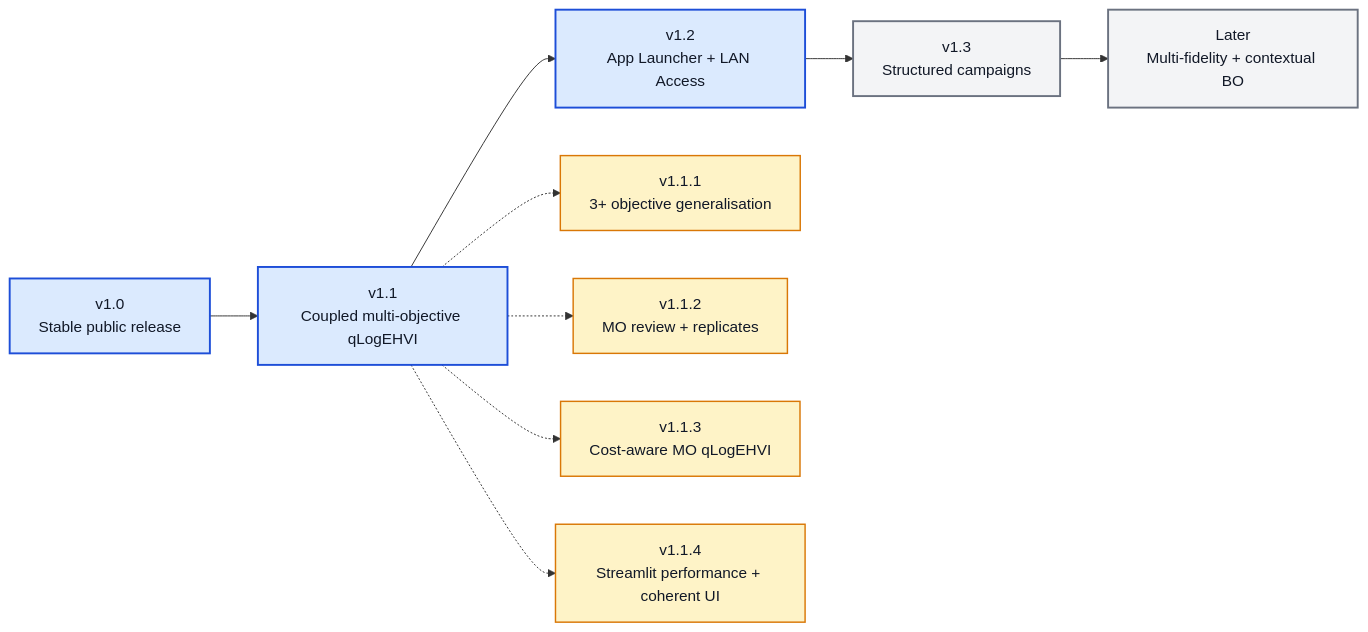
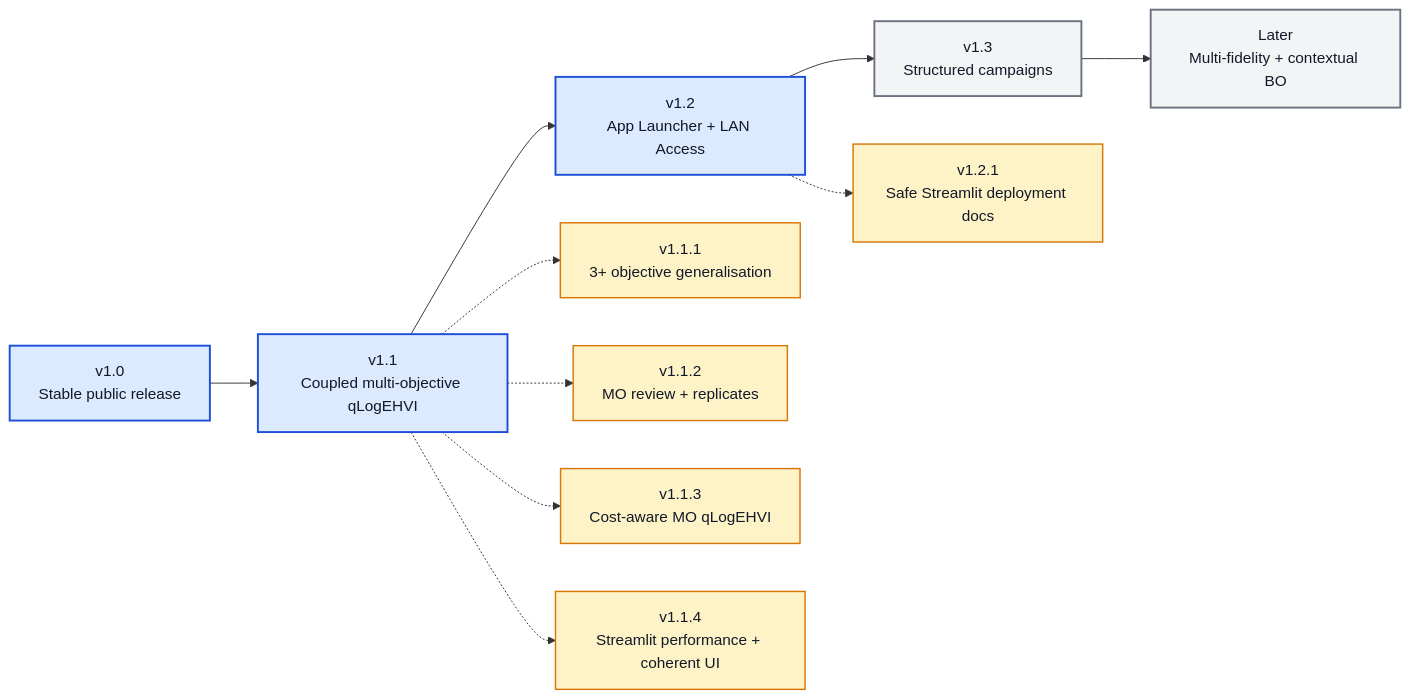
The diagram in ROADMAP_V1_X.md (angzeli/bo-forge), drawn with Mermaid before and after one commit. The commit also changed other lines of this file and 16 other files, not shown here.

Commit message:
v1.2.1 update: Safe Streamlit deployment docs

````diff
--- a/ROADMAP_V1_X.md
+++ b/ROADMAP_V1_X.md
@@ -7,22 +7,24 @@
 ```mermaid
 flowchart LR
     v10["v1.0<br/>Stable public release"] --> v11["v1.1<br/>Coupled multi-objective qLogEHVI"] --> v12["v1.2<br/>App Launcher + LAN Access"] --> v13["v1.3<br/>Structured campaigns"] --> later["Later<br/>Multi-fidelity + contextual BO"]
 
     v111["v1.1.1<br/>3+ objective generalisation"]
     v112["v1.1.2<br/>MO review + replicates"]
     v113["v1.1.3<br/>Cost-aware MO qLogEHVI"]
     v114["v1.1.4<br/>Streamlit performance + coherent UI"]
+    v121["v1.2.1<br/>Safe Streamlit deployment docs"]
     
     v11 -.-> v111
     v11 -.-> v112
     v11 -.-> v113
     v11 -.-> v114
+    v12 -.-> v121
 
     class v10,v11,v12 majorDone
     class v13,later majorFuture
-    class v110,v111,v112,v113,v114,v120 patchDone
+    class v110,v111,v112,v113,v114,v120,v121 patchDone
 
     classDef majorDone fill:#dbeafe,stroke:#1d4ed8,stroke-width:2px,color:#111827;
     classDef majorFuture fill:#f3f4f6,stroke:#6b7280,stroke-width:2px,color:#111827;
     classDef patchDone fill:#fef3c7,stroke:#d97706,stroke-width:1.5px,color:#111827;
 ```
````
